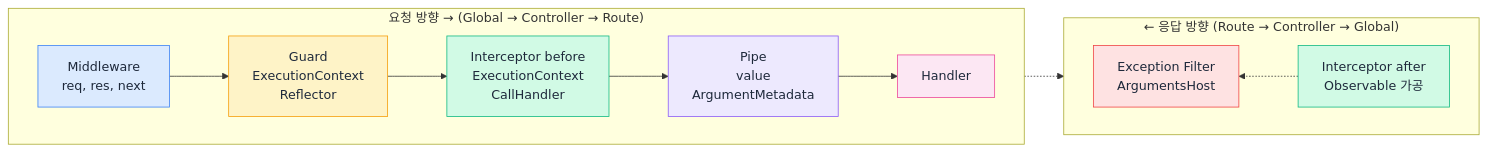
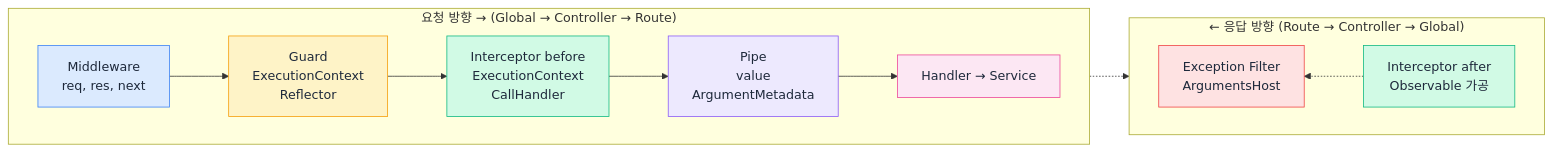
One commit to GYUTORY/YGSTUDY changed the second of 2 diagrams in Develop/Framework/Node/NestJS/Nest_JS_요청_라이프사이클.md. Above: the diagram before and after it, drawn with Mermaid. The commit also changed other lines of this file and 7 other files, not shown here.

````diff
--- a/Develop/Framework/Node/NestJS/Nest_JS_요청_라이프사이클.md
+++ b/Develop/Framework/Node/NestJS/Nest_JS_요청_라이프사이클.md
@@ -79,28 +86,28 @@
 ```mermaid
 flowchart LR
     subgraph before ["요청 방향 →  (Global → Controller → Route)"]
         direction LR
-        M["Middleware\nreq, res, next"]
-        G["Guard\nExecutionContext\nReflector"]
-        IB["Interceptor before\nExecutionContext\nCallHandler"]
-        P["Pipe\nvalue\nArgumentMetadata"]
-        H["Handler"]
+        M["Middleware<br/>req, res, next"]
+        G["Guard<br/>ExecutionContext<br/>Reflector"]
+        IB["Interceptor before<br/>ExecutionContext<br/>CallHandler"]
+        P["Pipe<br/>value<br/>ArgumentMetadata"]
+        H["Handler → Service"]
     end
 
     subgraph after ["← 응답 방향  (Route → Controller → Global)"]
         direction RL
-        IA["Interceptor after\nObservable 가공"]
-        F["Exception Filter\nArgumentsHost"]
+        IA["Interceptor after<br/>Observable 가공"]
+        F["Exception Filter<br/>ArgumentsHost"]
     end
 
     M --> G --> IB --> P --> H
     H -.-> IA -.-> F
 
     style M fill:#dbeafe,stroke:#3b82f6,color:#1e293b
     style G fill:#fef3c7,stroke:#f59e0b,color:#1e293b
     style IB fill:#d1fae5,stroke:#10b981,color:#1e293b
     style P fill:#ede9fe,stroke:#8b5cf6,color:#1e293b
     style H fill:#fce7f3,stroke:#ec4899,color:#1e293b
     style IA fill:#d1fae5,stroke:#10b981,color:#1e293b
     style F fill:#fee2e2,stroke:#ef4444,color:#1e293b
 ```
````
